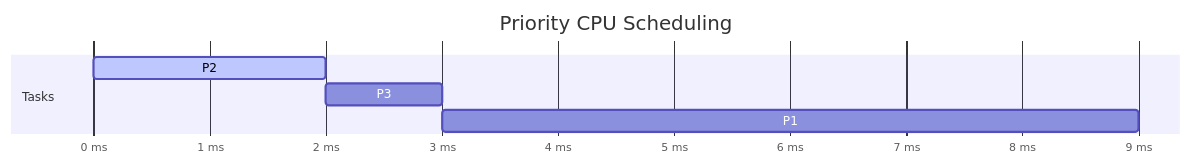
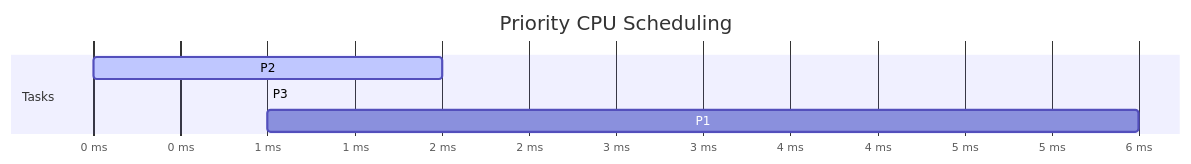
The sixth of 8 diagrams in 03 - ICT/Subtopics/OS Process & Memory Management.md (zenyyxz/Zen_dx-Notes), drawn with Mermaid before and after one commit. The commit also changed other lines of this file and 1 other file, not shown here.

````diff
--- a/03 - ICT/Subtopics/OS Process & Memory Management.md
+++ b/03 - ICT/Subtopics/OS Process & Memory Management.md
@@ -105,10 +132,10 @@
 ``` mermaid
 gantt
     title Priority CPU Scheduling
     dateFormat X
     axisFormat %s ms
     section Tasks
     P2 : active, p2, 0, 2
-    P3 : p3, after p2, 3
-    P1 : p1, after p3, 9
+    P3 : p3, after p2, 1
+    P1 : p1, after p3, 6
 ```
````
